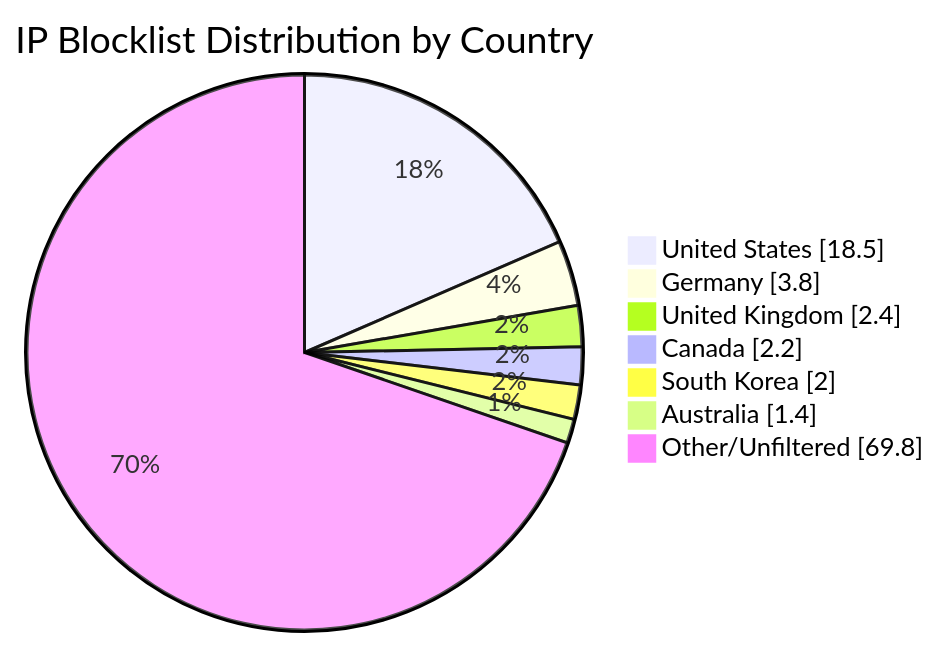
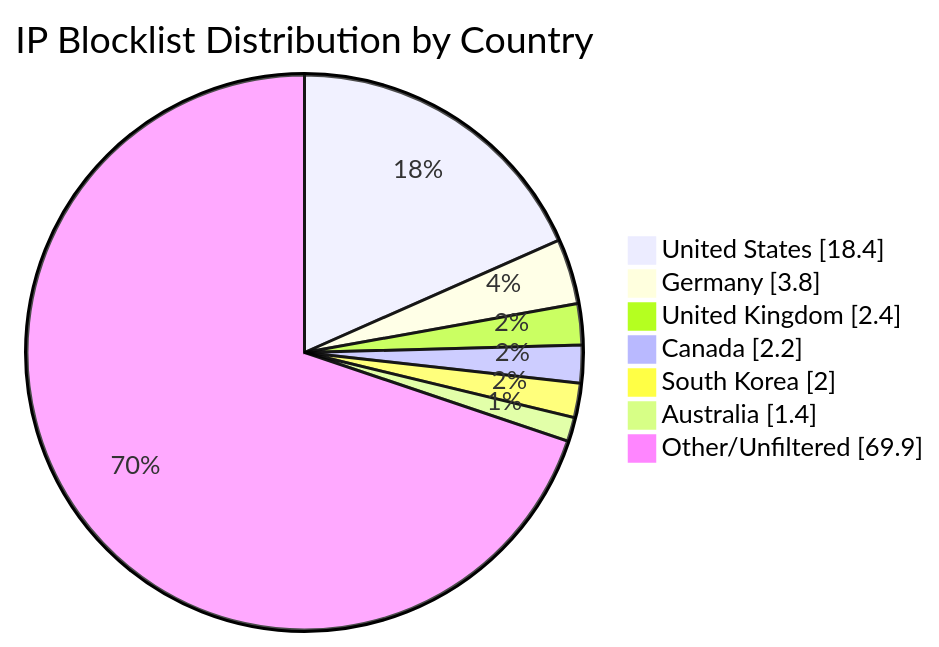
Before and after one commit to MarcusHoltz/ipblocklist-geofiltered-aggregator: the diagram in README.md, drawn with Mermaid. The commit also changed other lines of this file and 9 other files, not shown here.

````diff
--- a/README.md
+++ b/README.md
@@ -34,10 +34,10 @@
 ```mermaid
 pie showData title IP Blocklist Distribution by Country
-"United States" : 18.5
+"United States" : 18.4
 "Germany" : 3.8
 "United Kingdom" : 2.4
 "Canada" : 2.2
 "South Korea" : 2.0
 "Australia" : 1.4
-"Other/Unfiltered" : 69.8
+"Other/Unfiltered" : 69.9
 ```
````
